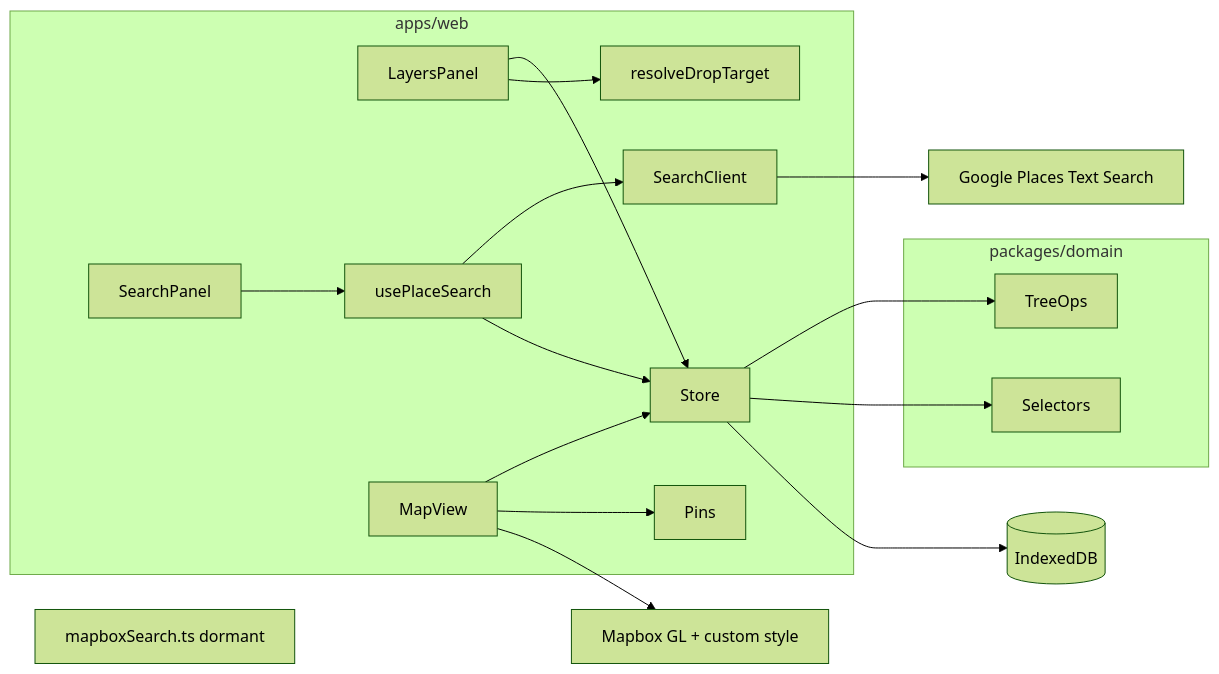
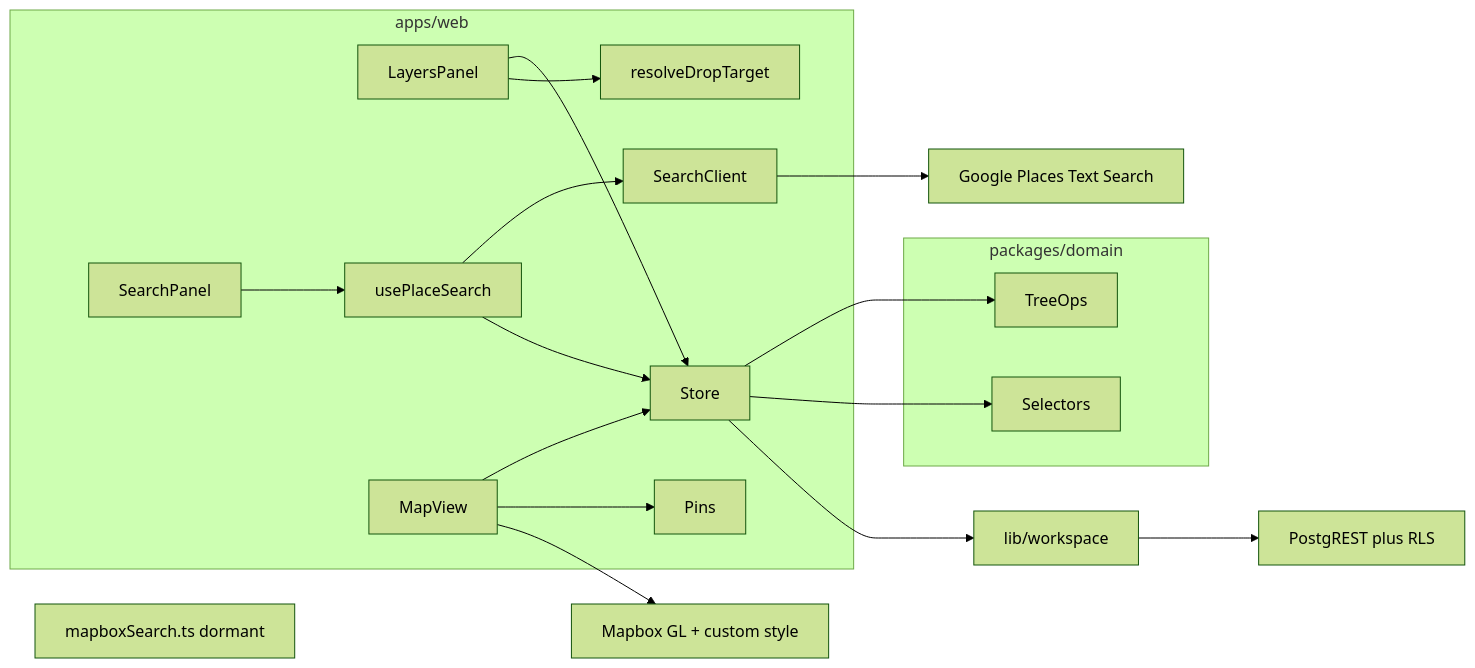
The diagram in docs/ARCHITECTURE.md (louismcohen/map-layers), drawn with Mermaid (forest theme) before and after one commit. The commit also changed other lines of this file and 16 other files, not shown here.

````diff
--- a/docs/ARCHITECTURE.md
+++ b/docs/ARCHITECTURE.md
@@ -197,23 +197,24 @@
 ```mermaid
 flowchart LR
   subgraph ui [apps/web]
     LayersPanel --> Store
     LayersPanel --> resolveDropTarget
     SearchPanel --> usePlaceSearch
     usePlaceSearch --> SearchClient
     usePlaceSearch --> Store
     MapView --> Store
     MapView --> Pins
   end
   subgraph domain [packages/domain]
     TreeOps
     Selectors
     resolveDropTarget
   end
   Store --> TreeOps
   Store --> Selectors
-  Store --> IDB[(IndexedDB)]
+  Store --> Mapper[lib/workspace]
+  Mapper --> REST[PostgREST plus RLS]
   SearchClient --> GooglePlaces[Google Places Text Search]
   mapboxSearchDormant[mapboxSearch.ts dormant]
   MapView --> MapboxGL[Mapbox GL + custom style]
 ```
````
